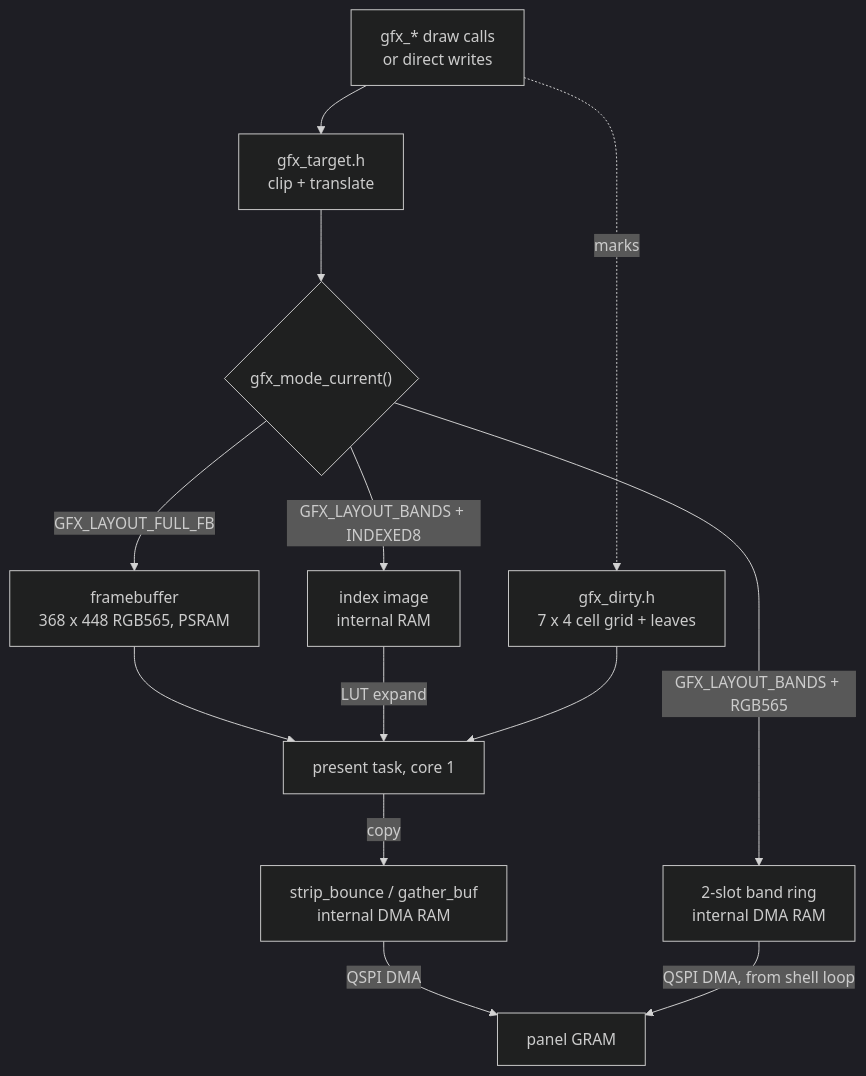
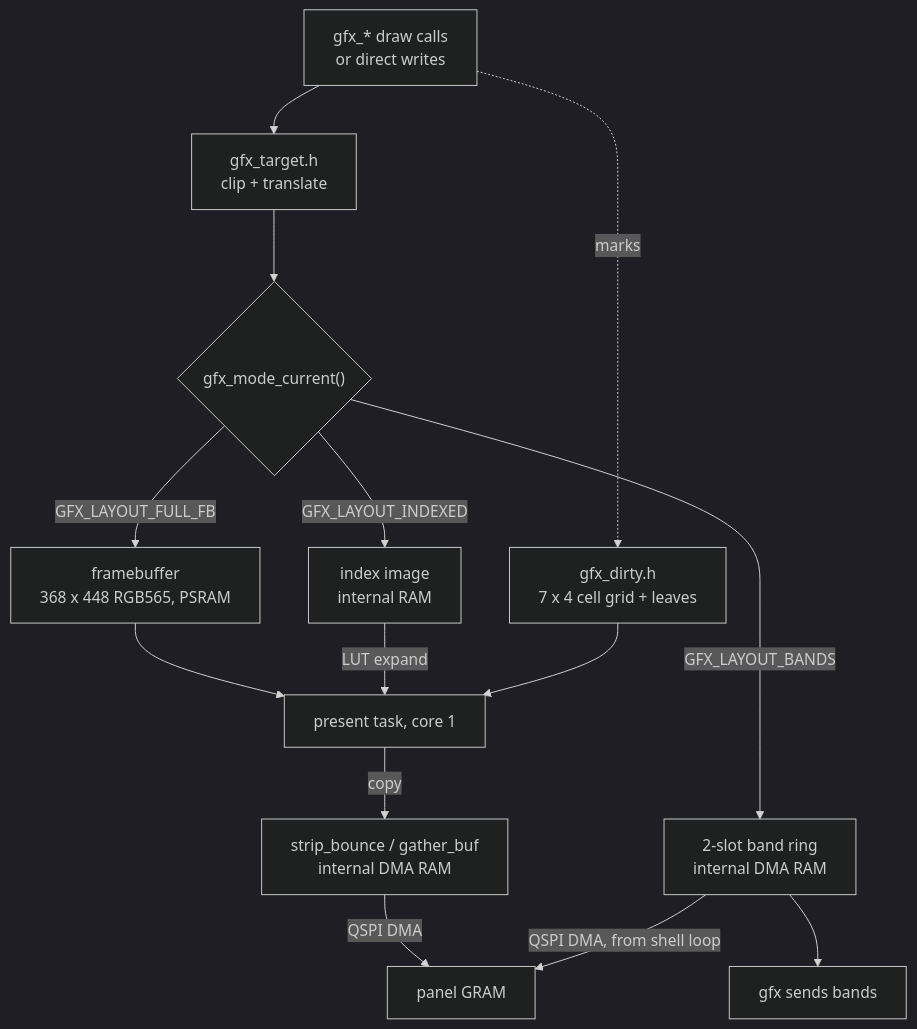
One commit to jose-villegas/autana changed the first of 4 diagrams in docs/Gfx-and-Presentation.md. Above: the diagram before and after it, drawn with Mermaid (dark theme). The commit also changed other lines of this file and 24 other files, not shown here.

Commit message:
gfx: make indexed presentation a layout

````diff
--- a/docs/Gfx-and-Presentation.md
+++ b/docs/Gfx-and-Presentation.md
@@ -18,15 +18,16 @@
 ```mermaid
 flowchart TB
     DRAW["gfx_* draw calls<br/>or direct writes"] --> TGT["gfx_target.h<br/>clip + translate"]
     TGT --> SEL{"gfx_mode_current()"}
     SEL -->|"GFX_LAYOUT_FULL_FB"| FB["framebuffer<br/>368 x 448 RGB565, PSRAM"]
-    SEL -->|"GFX_LAYOUT_BANDS + RGB565"| BR["2-slot band ring<br/>internal DMA RAM"]
-    SEL -->|"GFX_LAYOUT_BANDS + INDEXED8"| IX["index image<br/>internal RAM"]
+    SEL -->|"GFX_LAYOUT_BANDS"| BR["2-slot band ring<br/>internal DMA RAM"]
+    SEL -->|"GFX_LAYOUT_INDEXED"| IX["index image<br/>internal RAM"]
     DRAW -.->|"marks"| DT["gfx_dirty.h<br/>7 x 4 cell grid + leaves"]
     FB --> PT["present task, core 1"]
+    BR --> BP["gfx sends bands"]
     IX -->|"LUT expand"| PT
     DT --> PT
     PT -->|"copy"| BNC["strip_bounce / gather_buf<br/>internal DMA RAM"]
     BNC -->|"QSPI DMA"| PANEL["panel GRAM"]
     BR -->|"QSPI DMA, from shell loop"| PANEL
 ```
````
